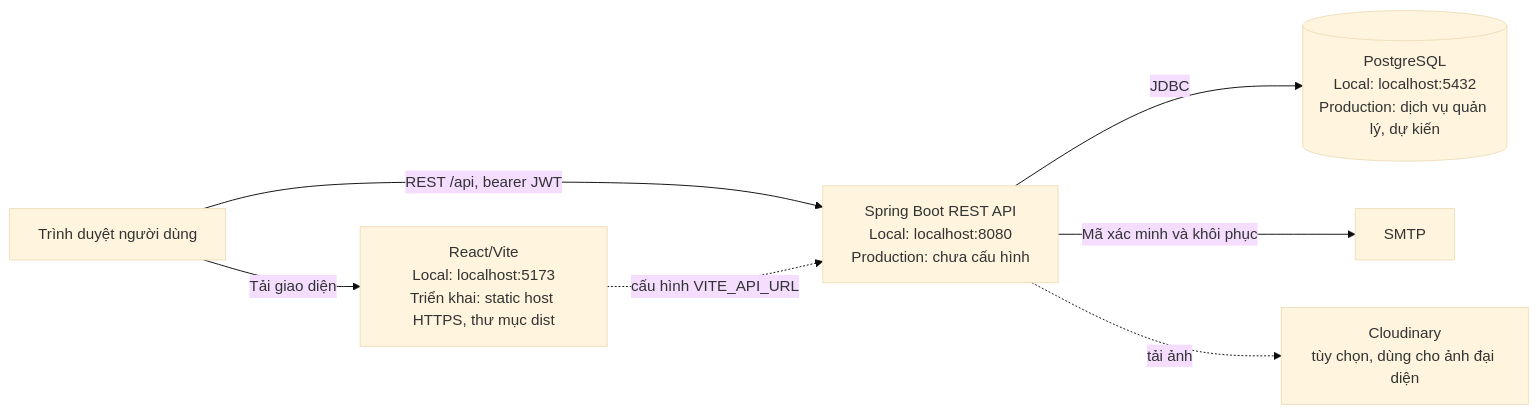
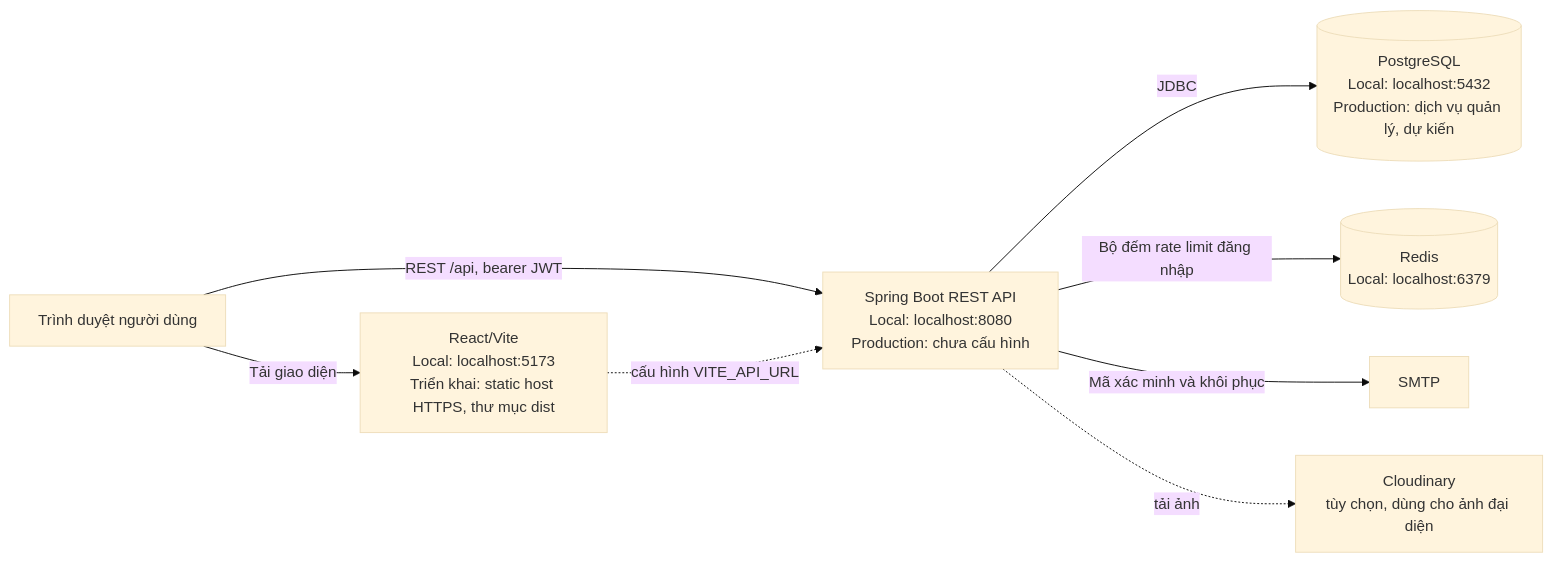
One commit to tainguyen307/Otech changed the diagram in README.md. Above: the diagram before and after it, drawn with Mermaid (base theme). The commit also changed other lines of this file and 15 other files, not shown here.

````diff
--- a/README.md
+++ b/README.md
@@ -30,16 +30,18 @@
 ```mermaid
 flowchart LR
    Browser[Trình duyệt người dùng]
    Frontend[React/Vite<br/>Local: localhost:5173<br/>Triển khai: static host HTTPS, thư mục dist]
    Backend[Spring Boot REST API<br/>Local: localhost:8080<br/>Production: chưa cấu hình]
    Database[(PostgreSQL<br/>Local: localhost:5432<br/>Production: dịch vụ quản lý, dự kiến)]
+   Redis[(Redis<br/>Local: localhost:6379)]
    Mail[SMTP]
    Images[Cloudinary<br/>tùy chọn, dùng cho ảnh đại diện]
 
    Browser -->|Tải giao diện| Frontend
    Browser -->|REST /api, bearer JWT| Backend
    Frontend -. cấu hình VITE_API_URL .-> Backend
    Backend -->|JDBC| Database
+   Backend -->|Bộ đếm rate limit đăng nhập| Redis
    Backend -->|Mã xác minh và khôi phục| Mail
    Backend -. tải ảnh .-> Images
 ```
````
